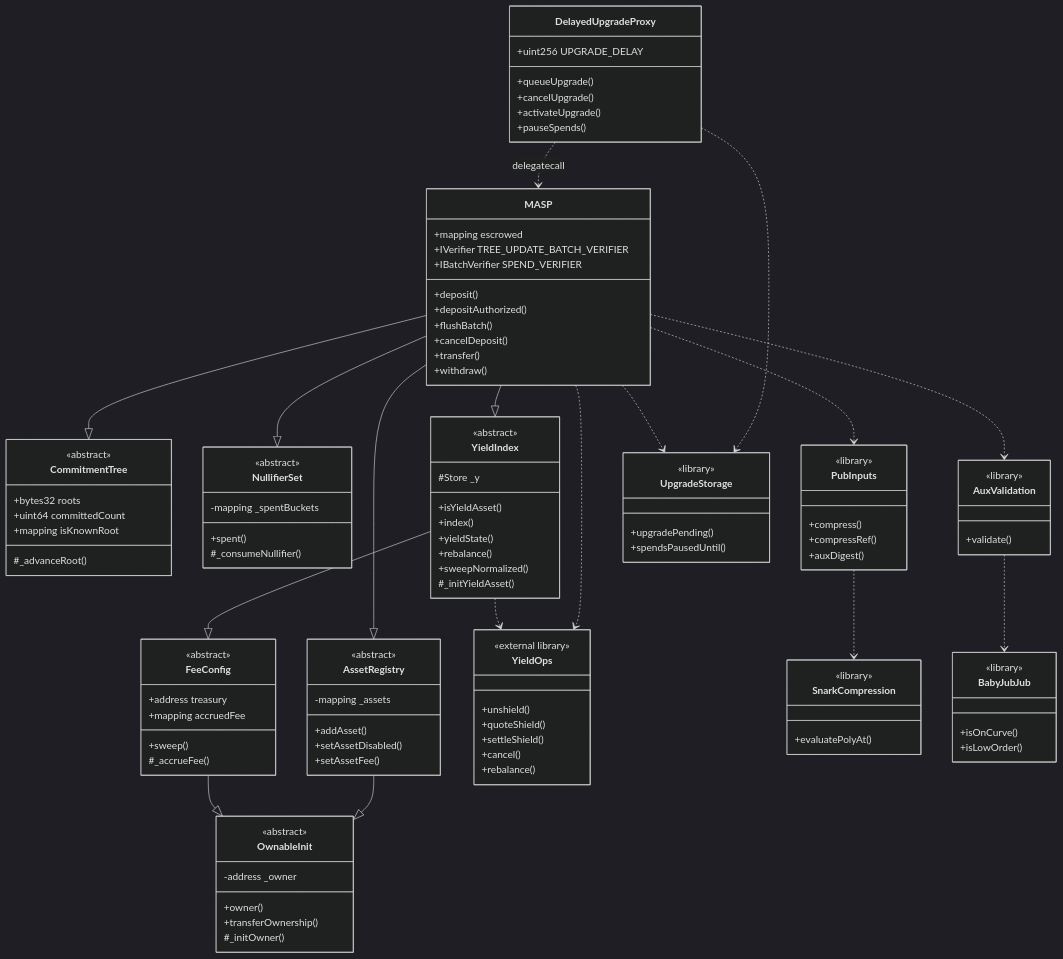
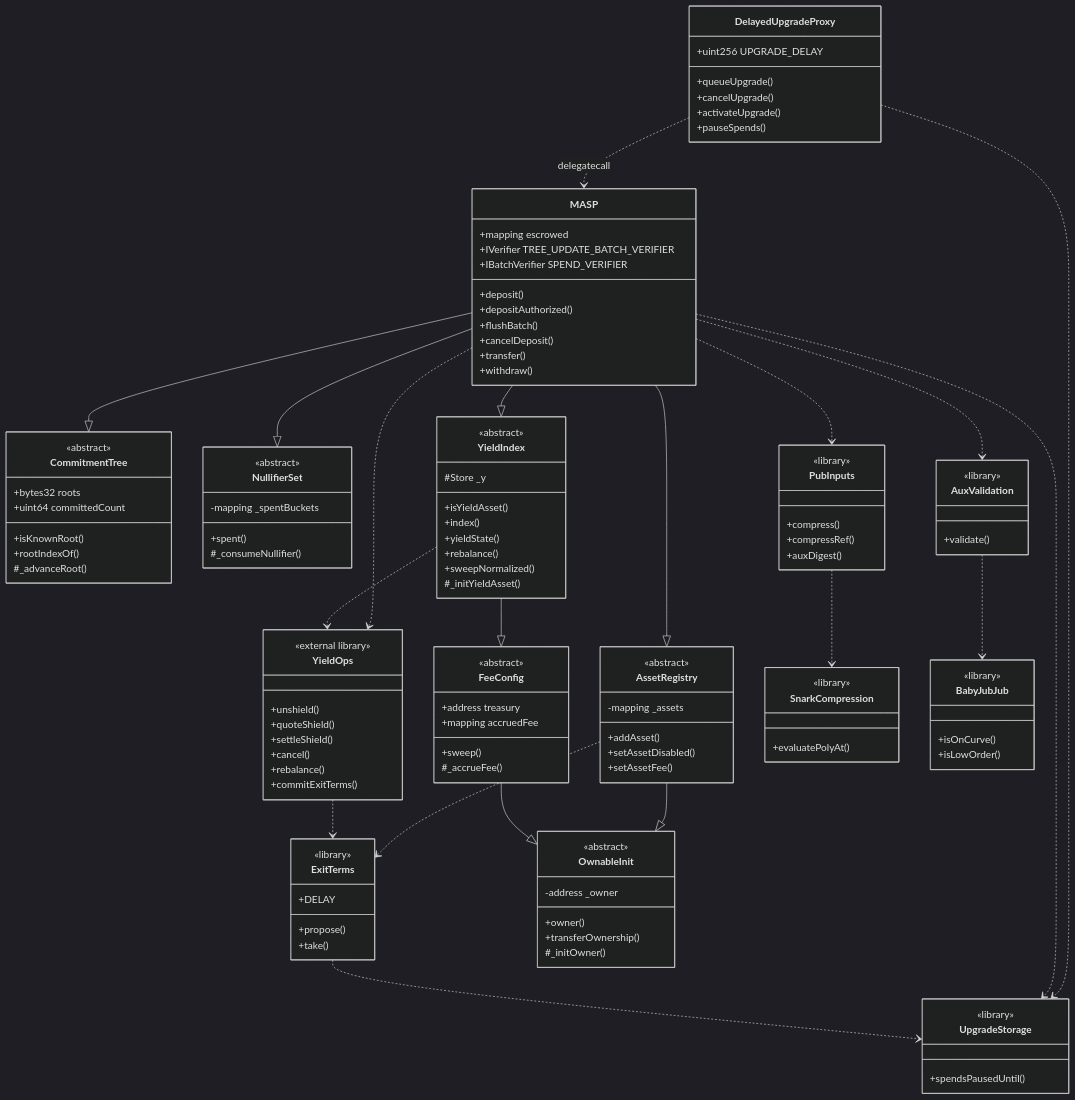
Before and after one commit to lelantos-org/contracts: the second of 12 diagrams in src/README.md, drawn with Mermaid (dark theme). The commit also changed other lines of this file and 275 other files, not shown here.

```diff
--- a/src/README.md
+++ b/src/README.md
@@ -92,7 +93,8 @@
     <<abstract>>
     +bytes32 roots
     +uint64 committedCount
-    +mapping isKnownRoot
+    +isKnownRoot()
+    +rootIndexOf()
     #_advanceRoot()
   }
   class NullifierSet {
@@ -132,6 +134,13 @@
     +settleShield()
     +cancel()
     +rebalance()
+    +commitExitTerms()
+  }
+  class ExitTerms {
+    <<library>>
+    +DELAY
+    +propose()
+    +take()
   }
   class PubInputs {
     <<library>>
@@ -168,13 +177,15 @@
   }
   class UpgradeStorage {
     <<library>>
-    +upgradePending()
     +spendsPausedUntil()
   }
 
   DelayedUpgradeProxy ..> MASP : delegatecall
   DelayedUpgradeProxy ..> UpgradeStorage
   MASP ..> UpgradeStorage
+  ExitTerms ..> UpgradeStorage
+  AssetRegistry ..> ExitTerms
+  YieldOps ..> ExitTerms
   AssetRegistry --|> OwnableInit
   FeeConfig --|> OwnableInit
   MASP --|> CommitmentTree
```
